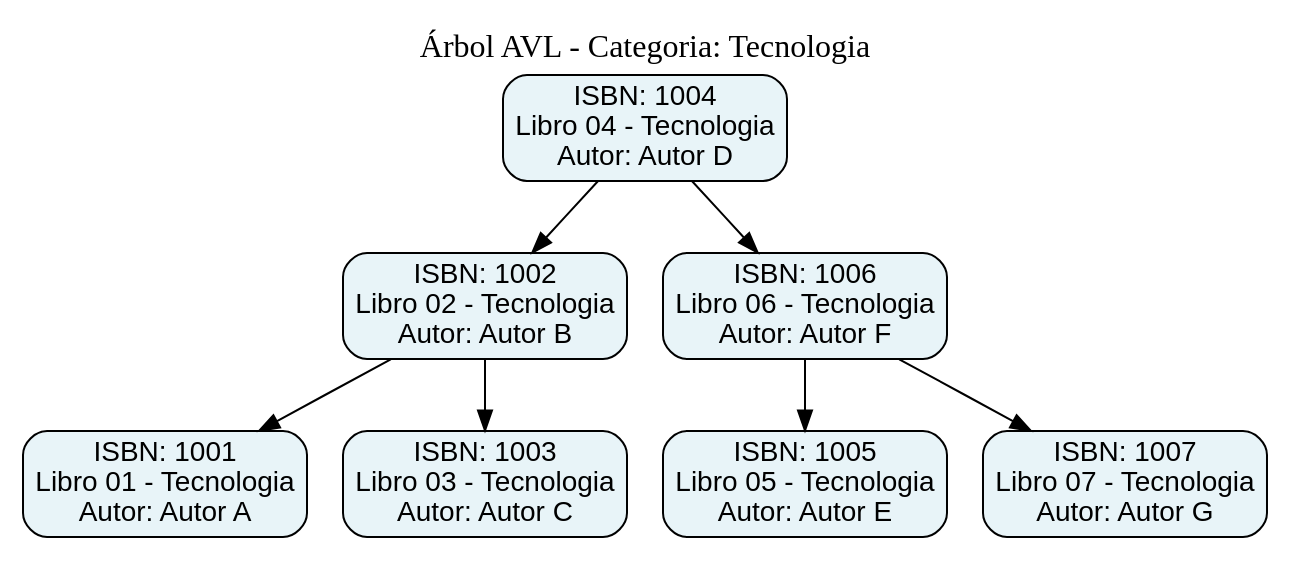
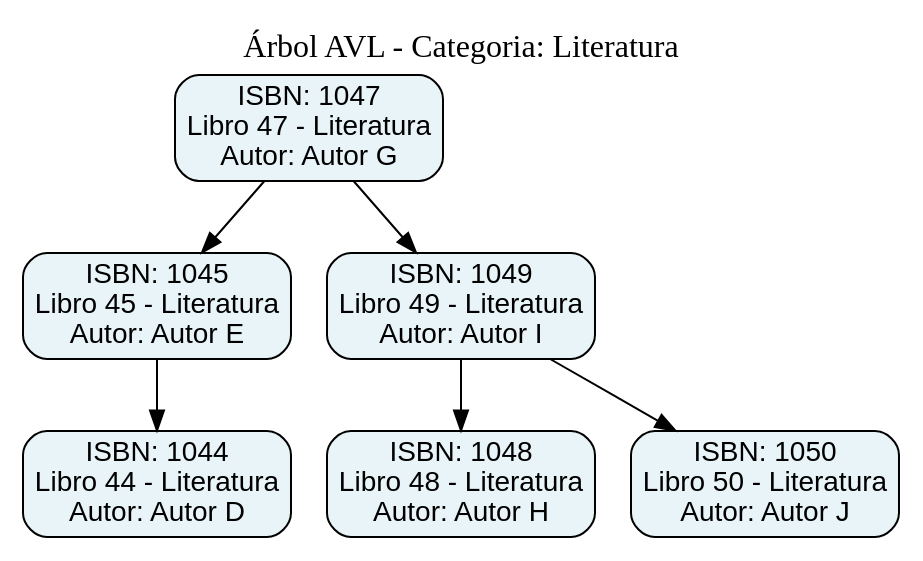
One commit to 4064998100101-cell/IPC2_Proy02_202602_202504191 changed the diagram in Proyecto2/wwwroot/avl_temp.dot. Above: the diagram before and after it, drawn with Graphviz. The commit also changed 8 other files, not shown here.

```diff
--- a/Proyecto2/wwwroot/avl_temp.dot
+++ b/Proyecto2/wwwroot/avl_temp.dot
@@ -1,20 +1,18 @@
 digraph AVL {
    node [shape=box, style="rounded,filled", fillcolor="#e8f4f8", fontname="Arial"];
    edge [fontname="Arial"];
-   label="Árbol AVL - Categoria: Tecnologia\n";
+   label="Árbol AVL - Categoria: Literatura\n";
    labelloc="top";
    fontsize=16;
-   isbn_1004 [label="ISBN: 1004\nLibro 04 - Tecnologia\nAutor: Autor D"];
-   isbn_1004 -> isbn_1002;
-   isbn_1002 [label="ISBN: 1002\nLibro 02 - Tecnologia\nAutor: Autor B"];
-   isbn_1002 -> isbn_1001;
-   isbn_1001 [label="ISBN: 1001\nLibro 01 - Tecnologia\nAutor: Autor A"];
-   isbn_1002 -> isbn_1003;
-   isbn_1003 [label="ISBN: 1003\nLibro 03 - Tecnologia\nAutor: Autor C"];
-   isbn_1004 -> isbn_1006;
-   isbn_1006 [label="ISBN: 1006\nLibro 06 - Tecnologia\nAutor: Autor F"];
-   isbn_1006 -> isbn_1005;
-   isbn_1005 [label="ISBN: 1005\nLibro 05 - Tecnologia\nAutor: Autor E"];
-   isbn_1006 -> isbn_1007;
-   isbn_1007 [label="ISBN: 1007\nLibro 07 - Tecnologia\nAutor: Autor G"];
+   isbn_1047 [label="ISBN: 1047\nLibro 47 - Literatura\nAutor: Autor G"];
+   isbn_1047 -> isbn_1045;
+   isbn_1045 [label="ISBN: 1045\nLibro 45 - Literatura\nAutor: Autor E"];
+   isbn_1045 -> isbn_1044;
+   isbn_1044 [label="ISBN: 1044\nLibro 44 - Literatura\nAutor: Autor D"];
+   isbn_1047 -> isbn_1049;
+   isbn_1049 [label="ISBN: 1049\nLibro 49 - Literatura\nAutor: Autor I"];
+   isbn_1049 -> isbn_1048;
+   isbn_1048 [label="ISBN: 1048\nLibro 48 - Literatura\nAutor: Autor H"];
+   isbn_1049 -> isbn_1050;
+   isbn_1050 [label="ISBN: 1050\nLibro 50 - Literatura\nAutor: Autor J"];
 }
```
